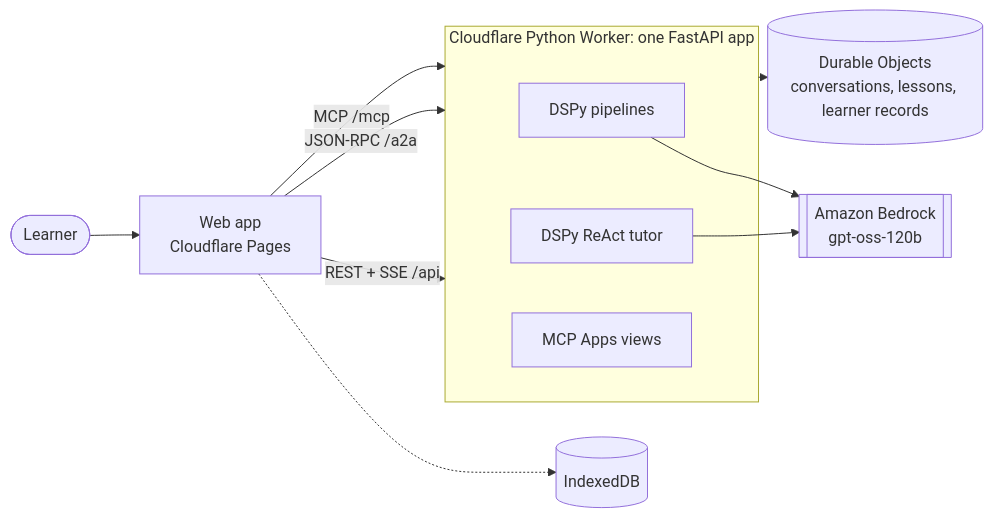
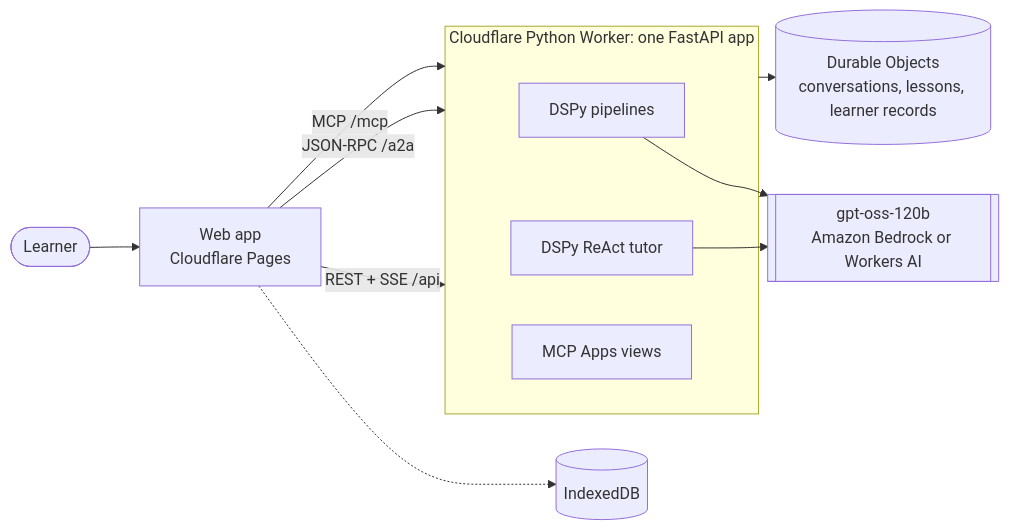
One commit to getlatentic/graspy changed the first of 2 diagrams in docs/ARCHITECTURE.md. Above: the diagram before and after it, drawn with Mermaid. The commit also changed other lines of this file and 832 other files, not shown here.

````diff
--- a/docs/ARCHITECTURE.md
+++ b/docs/ARCHITECTURE.md
@@ -3,15 +3,15 @@
 ```mermaid
 flowchart LR
     U([Learner]) --> W["Web app<br/>Cloudflare Pages"]
     W -->|"REST + SSE /api"| S
     W -->|"JSON-RPC /a2a"| S
     W -->|"MCP /mcp"| S
     W -.-> IDB[(IndexedDB)]
     subgraph S["Cloudflare Python Worker: one FastAPI app"]
         P["DSPy pipelines"]
         T["DSPy ReAct tutor"]
         V["MCP Apps views"]
     end
     S --> DO[("Durable Objects<br/>conversations, lessons, learner records")]
-    P & T --> B[["Amazon Bedrock<br/>gpt-oss-120b"]]
+    P & T --> B[["gpt-oss-120b<br/>Amazon Bedrock or Workers AI"]]
 ```
````
